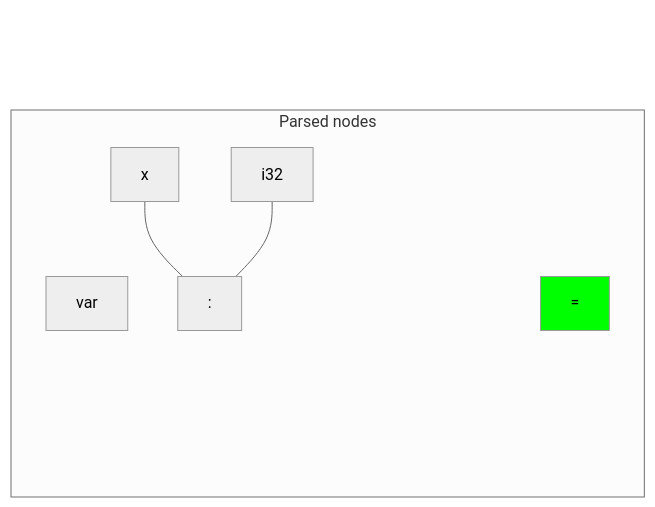
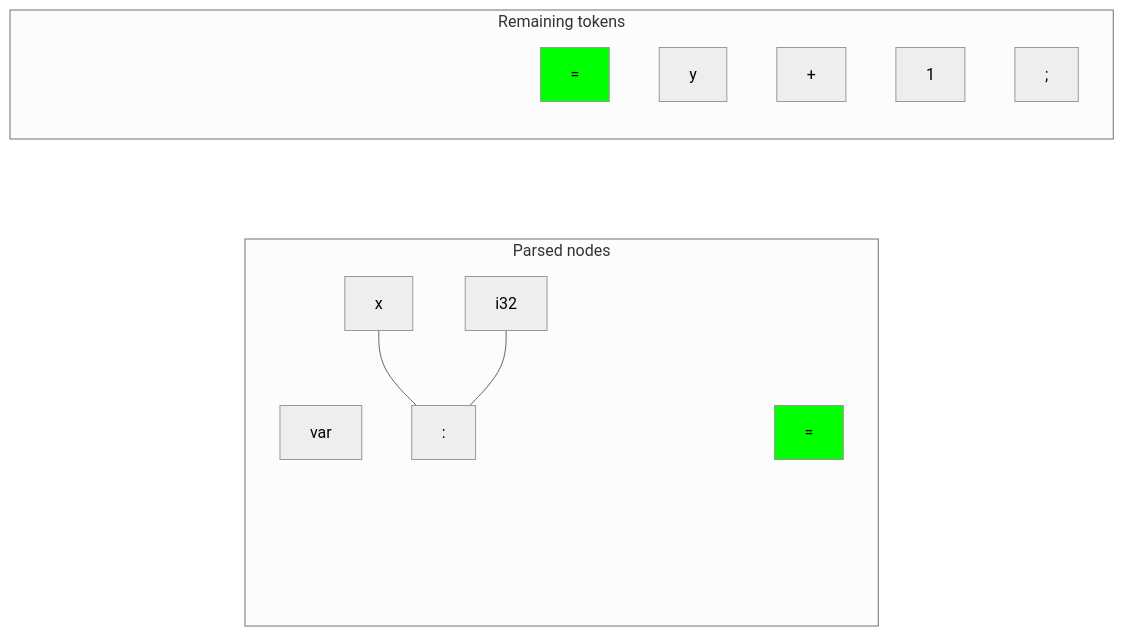
The fourth of 9 diagrams in toolchain/docs/parse.md (carbon-language/carbon-lang), drawn with Mermaid (neutral theme) before and after one commit. The commit also changed other lines of this file, not shown here.

````diff
--- a/toolchain/docs/parse.md
+++ b/toolchain/docs/parse.md
@@ -320,29 +297,45 @@
 ```mermaid
 flowchart BT
-    root:::hidden
+    subgraph tokens["Remaining tokens"]
+        token1[var]:::used
+        token2[x]:::used
+        token3[:]:::used
+        token4[i32]:::used
+        token5[=]:::moved
+        token6[y]
+        token7[+]
+        token8[1]
+        token9[;]
+    end
+
     subgraph nodes["Parsed nodes"]
         direction BT
         node1[var]
         node2[x]
         node3[:]
         node4[i32]
         node5[=]:::moved
         node6[y]:::pending
         node7[+]:::pending
         node8[1]:::pending
         node9[;]:::pending
     end
 
+    %% A token which has been used.
+    classDef used visibility:hidden
+    %% A node which will be used, but hasn't yet been.
     classDef pending visibility:hidden
+    %% A token or node which is actively being used.
     classDef moved fill:#0F0,color:#000
-    classDef hidden visibility:hidden,display:none
 
-    node1 ~~~~ root
+    nodes ~~~ tokens
+
+    node1 ~~~~ tokens
     node3 --- node2 & node4
-    node3 ~~~ root
-    node5 ~~~~ root
+    node3 ~~~ tokens
+    node5 ~~~~ tokens
     node7 ~~~ node6 & node8
-    node7 ~~~ root
+    node7 ~~~ tokens
     node9 ~~~ node1 & node3 & node5 & node7
-    node9 ~~~ root
+    node9 ~~~ tokens
 ```
````
